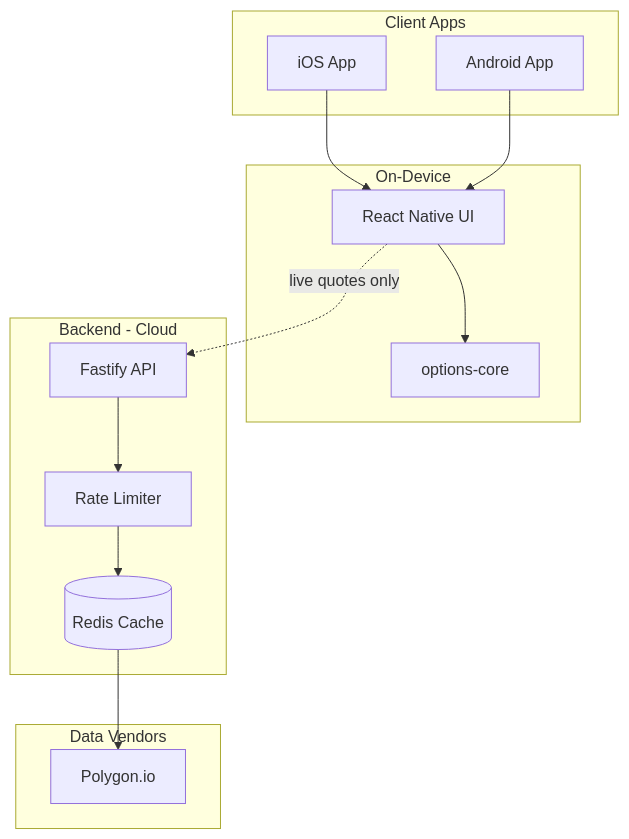
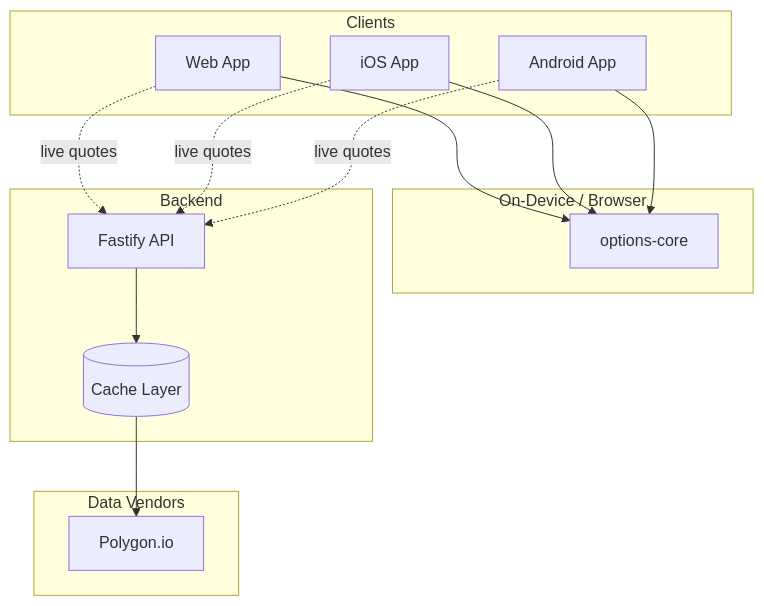
One commit to Mahonri-Ryi/AI-Options changed the diagram in docs/ARCHITECTURE.md. Above: the diagram before and after it, drawn with Mermaid. The commit also changed other lines of this file and 34 other files, not shown here.

````diff
--- a/docs/ARCHITECTURE.md
+++ b/docs/ARCHITECTURE.md
@@ -70,30 +20,30 @@
 ```mermaid
 flowchart TB
-    subgraph clients [Client Apps]
+    subgraph clients [Clients]
+        Web[Web App]
         iOS[iOS App]
         Android[Android App]
     end
 
-    subgraph device [On-Device]
+    subgraph compute [On-Device / Browser]
         Core[options-core]
-        UI[React Native UI]
     end
 
-    subgraph backend [Backend - Cloud]
+    subgraph backend [Backend]
         API[Fastify API]
-        Redis[(Redis Cache)]
-        RL[Rate Limiter]
+        Cache[(Cache Layer)]
     end
 
     subgraph vendors [Data Vendors]
         Polygon[Polygon.io]
     end
 
-    iOS --> UI
-    Android --> UI
-    UI --> Core
-    UI -.->|live quotes only| API
-    API --> RL
-    RL --> Redis
-    Redis --> Polygon
+    Web --> Core
+    iOS --> Core
+    Android --> Core
+    Web -.->|live quotes| API
+    iOS -.->|live quotes| API
+    Android -.->|live quotes| API
+    API --> Cache
+    Cache --> Polygon
 ```
````
